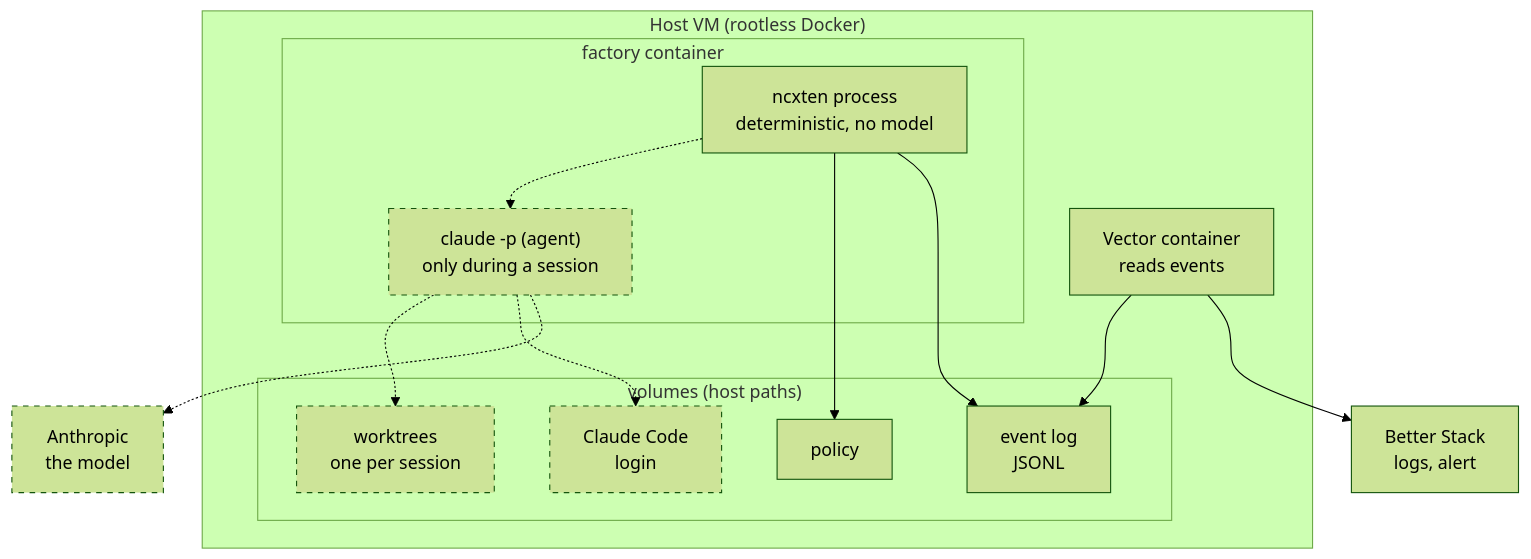
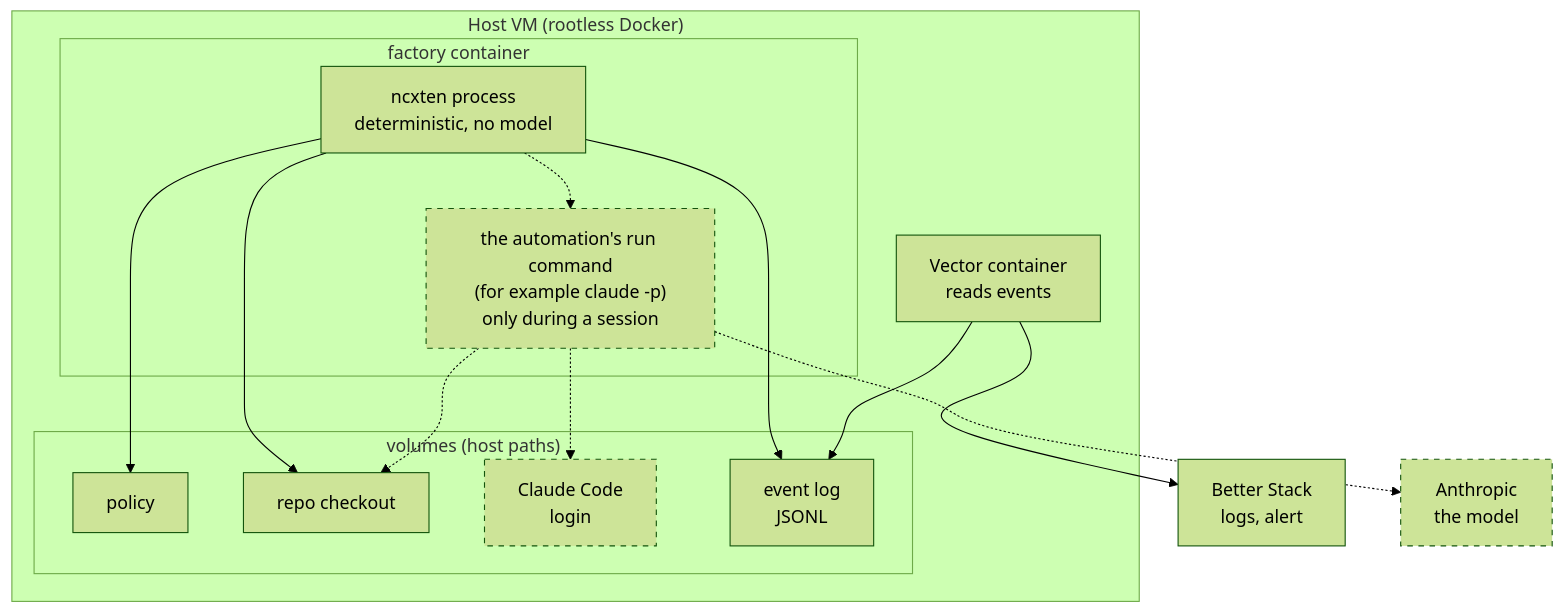
Before and after one commit to dazz/ncxten: the first of 5 diagrams in docs/content/docs/how-it-works.md, drawn with Mermaid (forest theme). The commit also changed other lines of this file, not shown here.

First line of the commit message:
docs: how-it-works planned parts follow the 002 re-cut — the run command is the session

````diff
--- a/docs/content/docs/how-it-works.md
+++ b/docs/content/docs/how-it-works.md
@@ -13,28 +13,29 @@
 ```mermaid
 flowchart TB
   subgraph host["Host VM (rootless Docker)"]
     subgraph fc["factory container"]
       ncx["ncxten process<br/>deterministic, no model"]
-      agent["claude -p (agent)<br/>only during a session"]
-      ncx -.-> agent
+      run["the automation's run command<br/>(for example claude -p)<br/>only during a session"]
+      ncx -.-> run
     end
     vector["Vector container<br/>reads events"]
     subgraph vols["volumes (host paths)"]
       pol["policy"]
-      wt["worktrees<br/>one per session"]
+      co["repo checkout"]
       login["Claude Code<br/>login"]
       ev["event log<br/>JSONL"]
     end
   end
   bs["Better Stack<br/>logs, alert"]
   anthropic["Anthropic<br/>the model"]
   ncx --> pol
+  ncx --> co
   ncx --> ev
-  agent -.-> wt
-  agent -.-> login
-  agent -.-> anthropic
+  run -.-> co
+  run -.-> login
+  run -.-> anthropic
   vector --> ev
   vector --> bs
   classDef planned stroke-dasharray: 5 5
-  class agent,wt,login,anthropic planned
+  class run,login,anthropic planned
 ```
````
